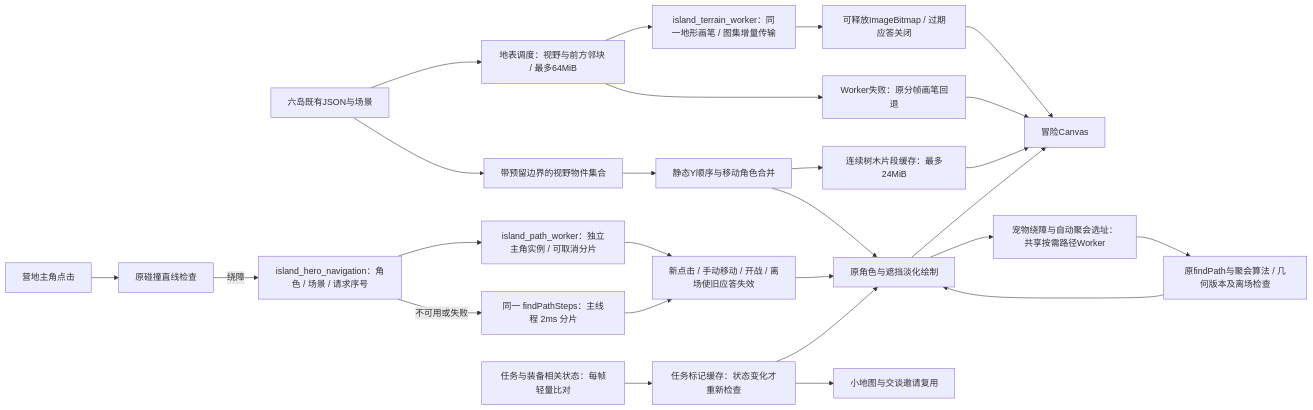
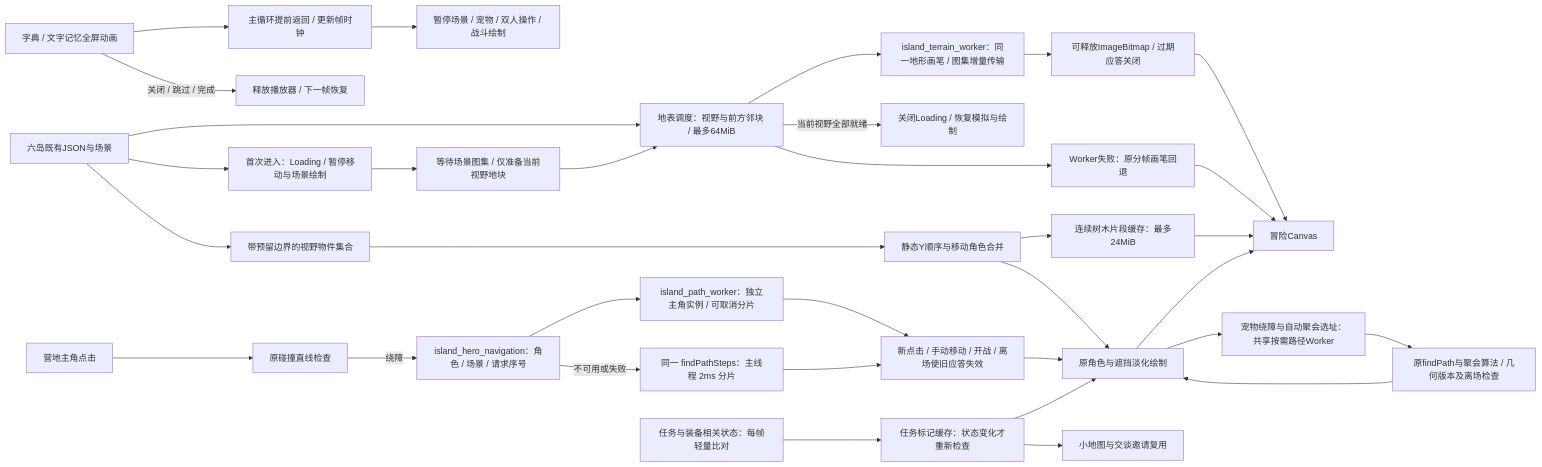
One commit to LiXizhi/HaqiWebTools changed the third of 32 diagrams in HaqiCombatSim/docs/architecture.md. Above: the diagram before and after it, drawn with Mermaid. The commit also changed other lines of this file and 125 other files, not shown here.

````diff
--- a/HaqiCombatSim/docs/architecture.md
+++ b/HaqiCombatSim/docs/architecture.md
@@ -42,28 +66,35 @@
 ```mermaid
 flowchart LR
+    HanziPlayer[字典 / 文字记忆全屏动画] --> FrameGate[主循环提前返回 / 更新帧时钟]
+    FrameGate --> Frozen[暂停场景 / 宠物 / 双人操作 / 战斗绘制]
+    HanziPlayer -->|关闭 / 跳过 / 完成| Release[释放播放器 / 下一帧恢复]
     Island[六岛既有JSON与场景] --> ViewSet[带预留边界的视野物件集合]
     ViewSet --> Order[静态Y顺序与移动角色合并]
     Order --> Trees[连续树木片段缓存：最多24MiB]
     Order --> Actors[原角色与遮挡淡化绘制]
     Island --> Tiles[地表调度：视野与前方邻块 / 最多64MiB]
+    Island --> Loading[首次进入：Loading / 暂停移动与场景绘制]
+    Loading --> Warm[等待场景图集 / 仅准备当前视野地块]
+    Warm --> Tiles
+    Tiles -->|当前视野全部就绪| Resume[关闭Loading / 恢复模拟与绘制]
     Tiles --> Worker[island_terrain_worker：同一地形画笔 / 图集增量传输]
     Worker --> Bitmap[可释放ImageBitmap / 过期应答关闭]
     Tiles --> Fallback[Worker失败：原分帧画笔回退]
     Bitmap --> Canvas[冒险Canvas]
     Fallback --> Canvas
     Trees --> Canvas
     Actors --> Canvas
     Actors --> PetPaths[宠物绕障与自动聚会选址：共享按需路径Worker]
     PetPaths --> OriginalPath[原findPath与聚会算法 / 几何版本及离场检查]
     OriginalPath --> Actors
     Click[营地主角点击] --> Direct[原碰撞直线检查]
     Direct -->|绕障| HeroNav[island_hero_navigation：角色 / 场景 / 请求序号]
     HeroNav --> HeroWorker[island_path_worker：独立主角实例 / 可取消分片]
     HeroNav -->|不可用或失败| HeroFallback[同一 findPathSteps：主线程 2ms 分片]
     HeroWorker --> Valid[新点击 / 手动移动 / 开战 / 离场使旧应答失效]
     HeroFallback --> Valid
     Valid --> Actors
     QuestInputs[任务与装备相关状态：每帧轻量比对] --> MarkerCache[任务标记缓存：状态变化才重新检查]
     MarkerCache --> Actors
     MarkerCache --> Minimap[小地图与交谈邀请复用]
 ```
````
